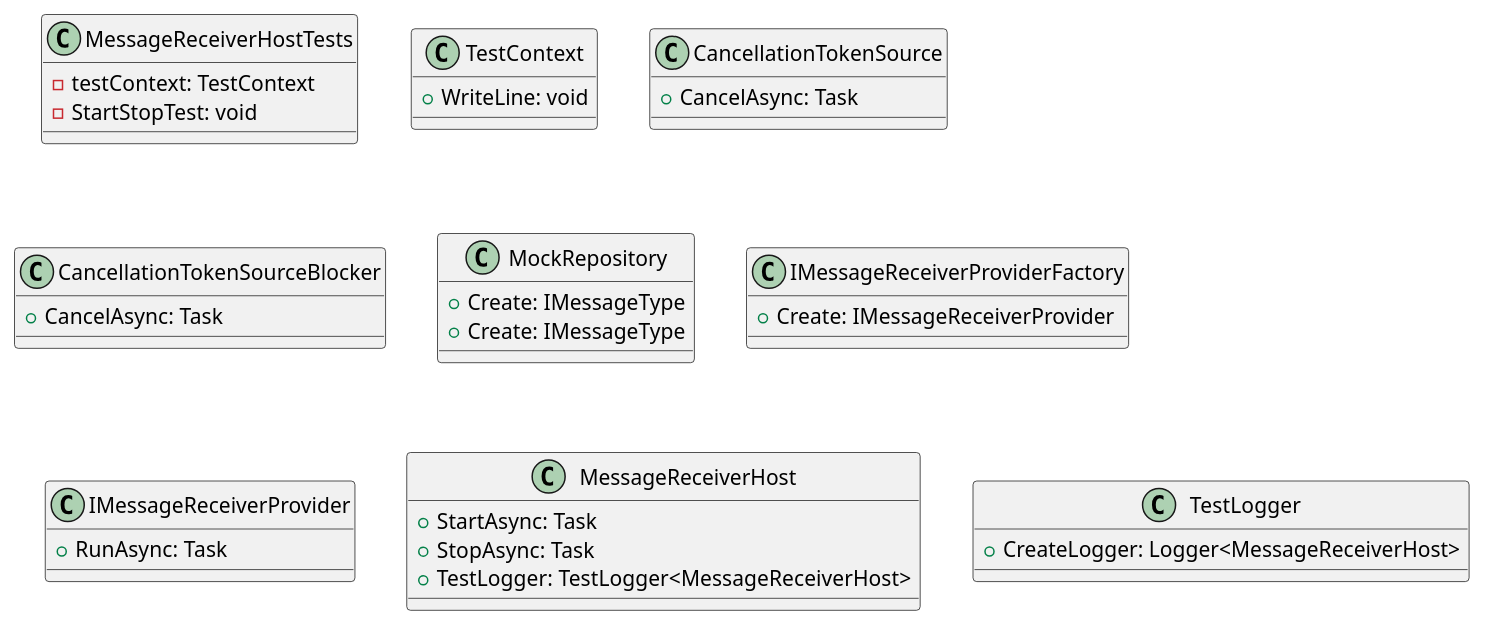
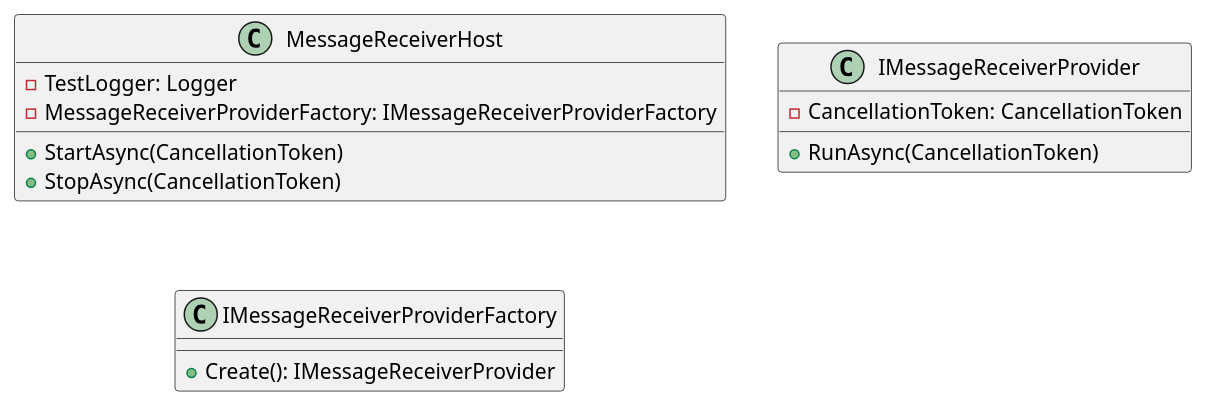
Before and after one commit to mwwhited-forks/dotnet-libs: the first of 3 diagrams in docs/generated/Framework/Eliassen.MessageQueueing.Tests/Hosting/Documentation.md, drawn with PlantUML. The commit also changed other lines of this file and 444 other files, not shown here.

````diff
--- a/docs/generated/Framework/Eliassen.MessageQueueing.Tests/Hosting/Documentation.md
+++ b/docs/generated/Framework/Eliassen.MessageQueueing.Tests/Hosting/Documentation.md
@@ -5,44 +9,20 @@
 ```plantuml
 @startuml
-class MessageReceiverHostTests {
-  -testContext: TestContext
-  -StartStopTest: void
+class MessageReceiverHost {
+  -TestLogger: Logger
+  -MessageReceiverProviderFactory: IMessageReceiverProviderFactory
+  + StartAsync(CancellationToken)
+  + StopAsync(CancellationToken)
 }
 
-class TestContext {
-  +WriteLine: void
-}
-
-class CancellationTokenSource {
-  +CancelAsync: Task
-}
-
-class CancellationTokenSourceBlocker {
-  +CancelAsync: Task
-}
-
-class MockRepository {
-  +Create: IMessageType
-  +Create: IMessageType
+class IMessageReceiverProvider {
+  - CancellationToken: CancellationToken
+  + RunAsync(CancellationToken)
 }
 
 class IMessageReceiverProviderFactory {
-  +Create: IMessageReceiverProvider
-}
-
-class IMessageReceiverProvider {
-  +RunAsync: Task
-}
-
-class MessageReceiverHost {
-  +StartAsync: Task
-  +StopAsync: Task
-  +TestLogger: TestLogger<MessageReceiverHost>
-}
-
-class TestLogger {
-  +CreateLogger: Logger<MessageReceiverHost>
+  + Create(): IMessageReceiverProvider
 }
 
 @enduml
 ```
````
